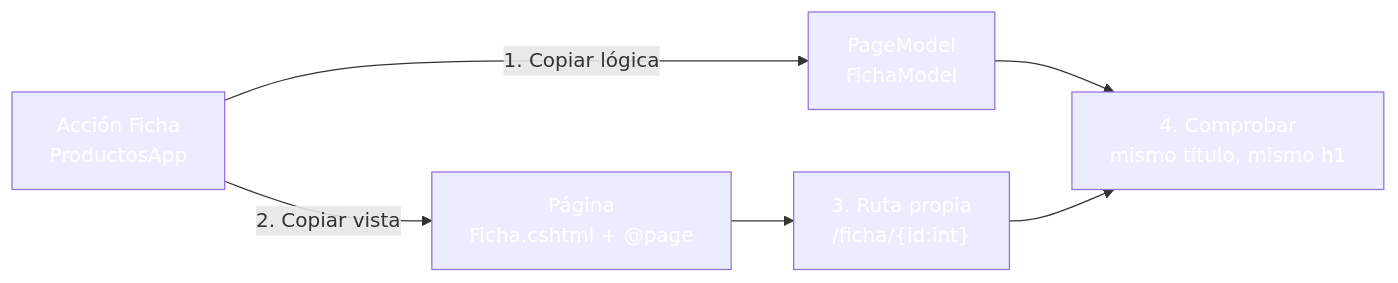
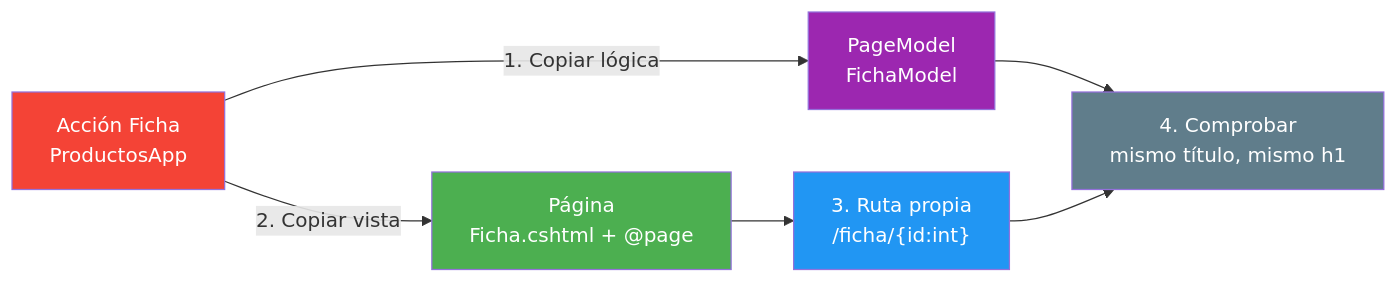
Before and after one commit to joseluisgs/DesarrolloWebEntornosServidor-03-2026-2027: the fourth of 4 diagrams in 12-mvc-vs-razorpages.md, drawn with Mermaid. The commit also changed other lines of this file and 25 other files, not shown here.

Commit message:
docs: corregir los estilos Mermaid de los temas y alinear el dominio del tema 25 con ProductosApp

````diff
--- a/12-mvc-vs-razorpages.md
+++ b/12-mvc-vs-razorpages.md
@@ -239,13 +239,13 @@
 ```mermaid
 graph LR
     A["Acción Ficha<br/>ProductosApp"] -->|"1. Copiar lógica"| B["PageModel<br/>FichaModel"]
     A -->|"2. Copiar vista"| C["Página<br/>Ficha.cshtml + @page"]
     C --> D["3. Ruta propia<br/>/ficha/{id:int}"]
     B --> E["4. Comprobar<br/>mismo título, mismo h1"]
     D --> E
-    style A fill:#f4433,color:#fff6,color:#fff
-    style B fill:#9C27B,color:#fff0,color:#fff
-    style C fill:#4CAF5,color:#fff0,color:#fff
-    style D fill:#2196F,color:#fff3,color:#fff
-    style E fill:#607D8,color:#fffB,color:#fff
+    style A fill:#f44336,color:#fff
+    style B fill:#9C27B0,color:#fff
+    style C fill:#4CAF50,color:#fff
+    style D fill:#2196F3,color:#fff
+    style E fill:#607D8B,color:#fff
 ```
````
